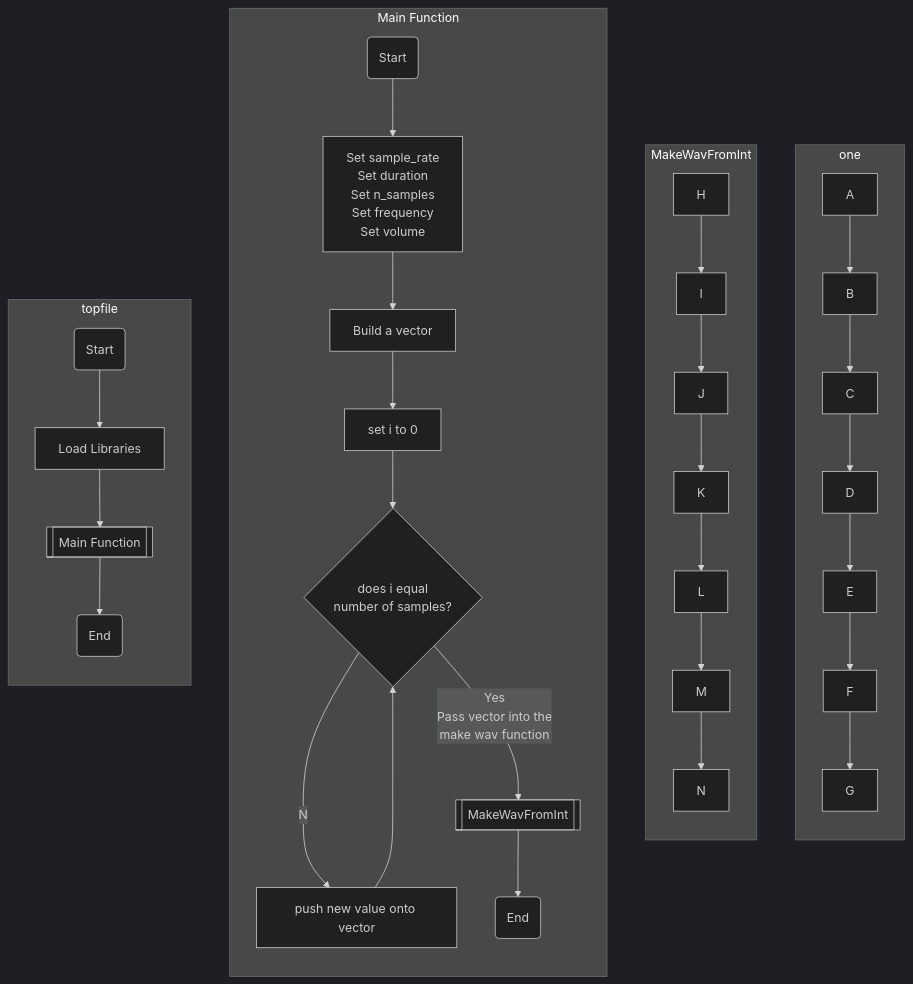
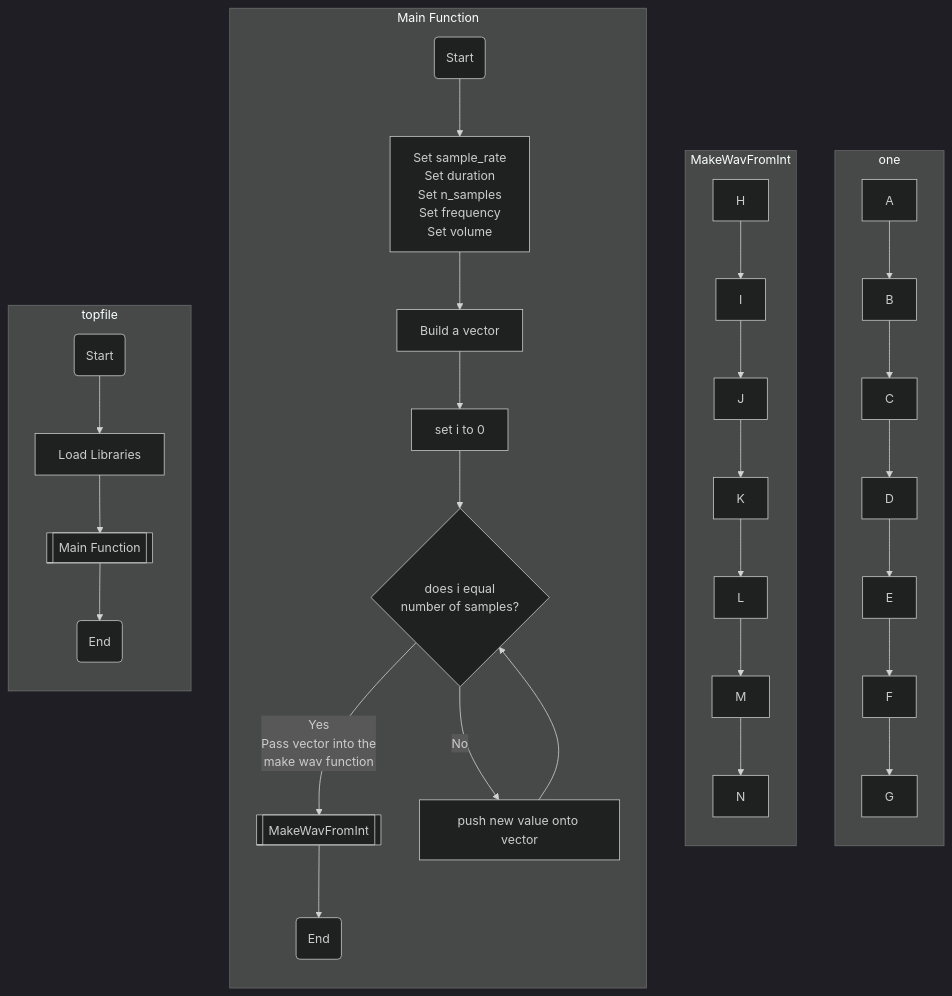
The diagram in project01FlowchartCore.md (brolonium210/ENGR101_MD), drawn with Mermaid (dark theme) before and after one commit.

````diff
--- a/project01FlowchartCore.md
+++ b/project01FlowchartCore.md
@@ -1,50 +1,50 @@
 ```mermaid
 
 flowchart TB
 subgraph one
 direction TB
 A-->B
 B-->C
 C-->D
 D-->E
 E-->F
 F-->G
 end
 subgraph MakeWavFromInt
 direction TB 
 H-->I
 I-->J
 J-->K
 K-->L
 L-->M
 M-->N
 end
 
 subgraph Main Function
 direction TB 
 O(Start)-->P
 P["Set sample_rate
 Set duration
 Set n_samples
 Set frequency
 Set volume"
 ]-->Q
 Q[Build a vector]-->RR
 RR[set i to 0]-->R
 R{"does i equal
 number of samples?"
 }--Yes
 Pass vector into the
 make wav function-->S
-R--No-->SS
+R--No -->SS
 SS["push new value onto vector"]-->R
 S[[MakeWavFromInt]]-->T(End)
 end
 
 subgraph topfile
 direction TB 
 V(Start)-->W[Load Libraries]
 W-->X[[Main Function]]
 X-->Y(End)
 end
 ```
````
